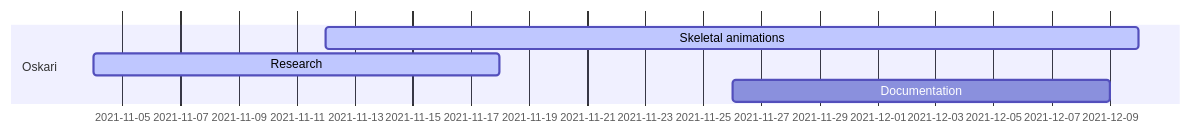
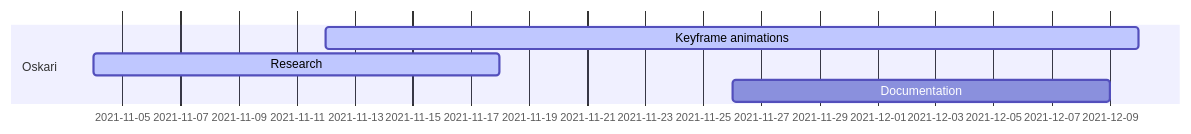
The sixth of 7 diagrams in docs/ProjectPlan.md (IlkkaTakala/Eril-Engine), drawn with Mermaid before and after one commit. The commit also changed other lines of this file, not shown here.

Commit message:
Updated timelines

````diff
--- a/docs/ProjectPlan.md
+++ b/docs/ProjectPlan.md
@@ -132,10 +122,10 @@
 ```mermaid
 gantt
 dateFormat  DD-MM
 
 section Oskari
-Skeletal animations     :active, odes1, 12-11, 10-12
+Keyframe animations     :active, odes1, 12-11, 10-12
 Research                :active, odes3, 04-11, 18-11
 Documentation           :        odes4, 26-11, 09-12
 
 ```
````
